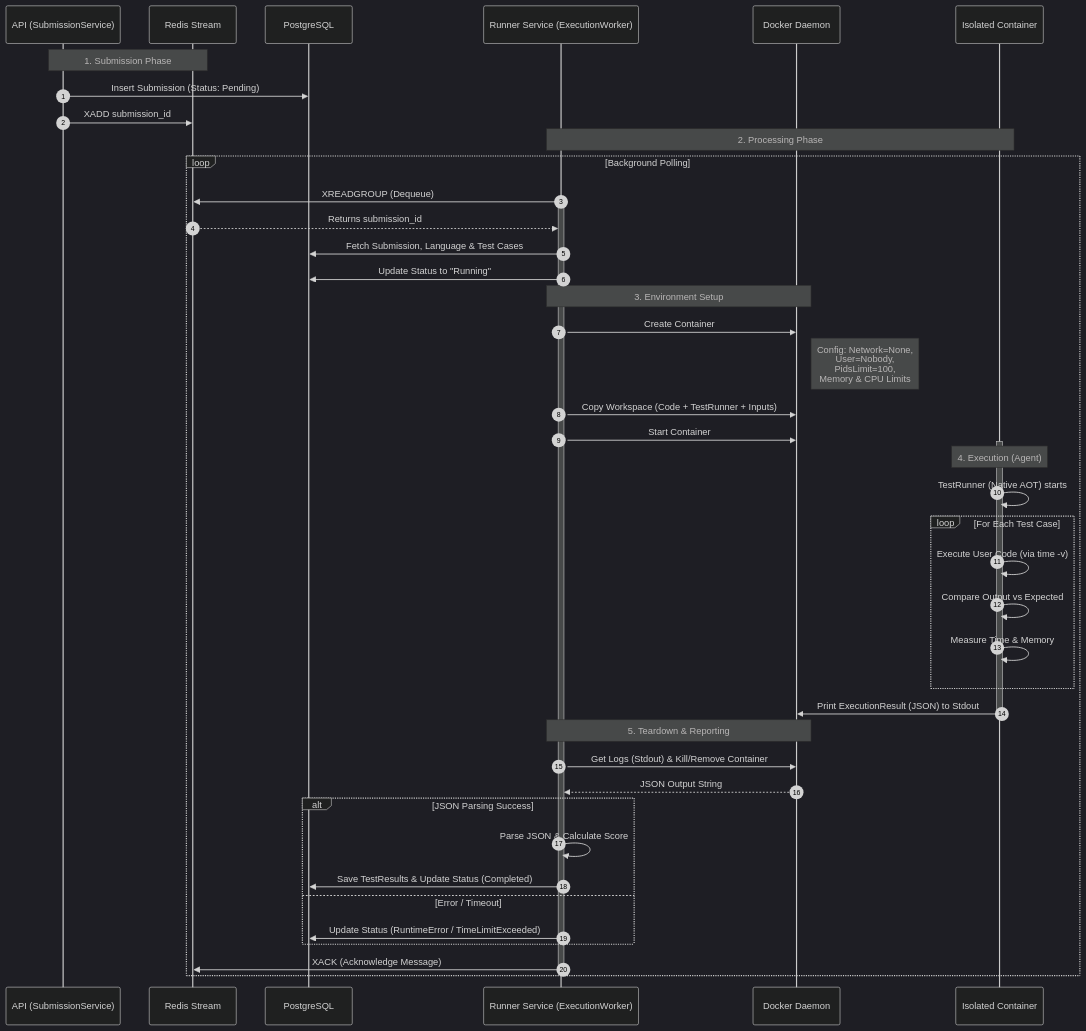
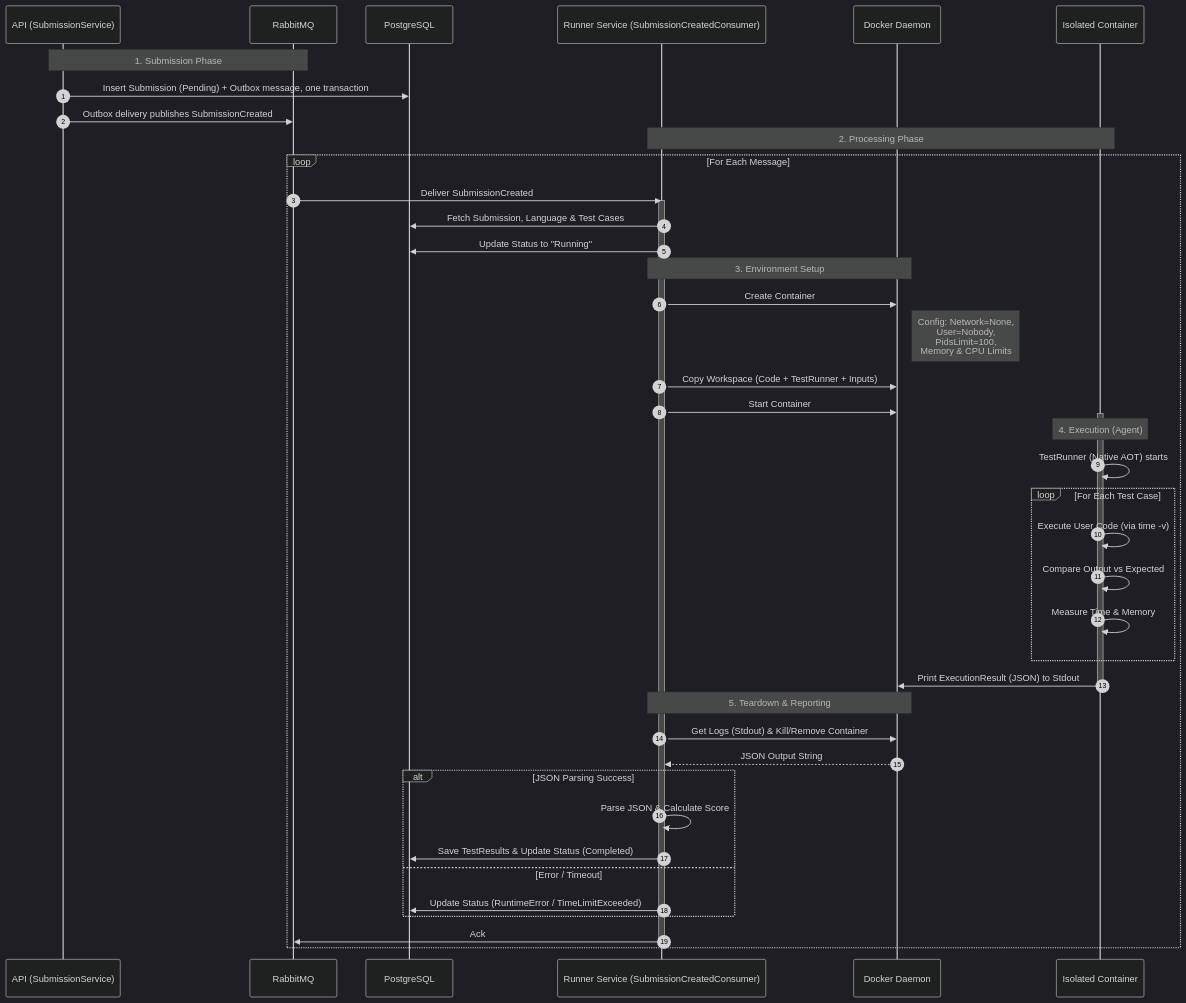
One commit to yarmatss/CodeLearning changed the third of 4 diagrams in README.md. Above: the diagram before and after it, drawn with Mermaid (dark theme). The commit also changed other lines of this file and 79 other files, not shown here.

````diff
--- a/README.md
+++ b/README.md
@@ -114,58 +115,57 @@
 ```mermaid
 sequenceDiagram
     autonumber
     participant API as API (SubmissionService)
-    participant Redis as Redis Stream
+    participant MQ as RabbitMQ
     participant DB as PostgreSQL
-    participant Worker as Runner Service (ExecutionWorker)
+    participant Worker as Runner Service (SubmissionCreatedConsumer)
     participant Docker as Docker Daemon
     participant Container as Isolated Container
 
-    Note over API, Redis: 1. Submission Phase
-    API->>DB: Insert Submission (Status: Pending)
-    API->>Redis: XADD submission_id
+    Note over API, MQ: 1. Submission Phase
+    API->>DB: Insert Submission (Pending) + Outbox message, one transaction
+    API->>MQ: Outbox delivery publishes SubmissionCreated
     
     Note over Worker, Container: 2. Processing Phase
-    loop Background Polling
-        Worker->>Redis: XREADGROUP (Dequeue)
+    loop For Each Message
+        MQ->>Worker: Deliver SubmissionCreated
         activate Worker
-        Redis-->>Worker: Returns submission_id
         
         Worker->>DB: Fetch Submission, Language & Test Cases
         Worker->>DB: Update Status to "Running"
 
         Note over Worker, Docker: 3. Environment Setup
         Worker->>Docker: Create Container
         note right of Docker: Config: Network=None,<br/>User=Nobody,<br/>PidsLimit=100,<br/>Memory & CPU Limits
 
         Worker->>Docker: Copy Workspace (Code + TestRunner + Inputs)
         Worker->>Docker: Start Container
 
         activate Container
         Note over Container: 4. Execution (Agent)
         Container->>Container: TestRunner (Native AOT) starts
         
         loop For Each Test Case
             Container->>Container: Execute User Code (via time -v)
             Container->>Container: Compare Output vs Expected
             Container->>Container: Measure Time & Memory
         end
         
         Container->>Docker: Print ExecutionResult (JSON) to Stdout
         deactivate Container
 
         Note over Worker, Docker: 5. Teardown & Reporting
         Worker->>Docker: Get Logs (Stdout) & Kill/Remove Container
         Docker-->>Worker: JSON Output String
 
         alt JSON Parsing Success
             Worker->>Worker: Parse JSON & Calculate Score
             Worker->>DB: Save TestResults & Update Status (Completed)
         else Error / Timeout
             Worker->>DB: Update Status (RuntimeError / TimeLimitExceeded)
         end
         
-        Worker->>Redis: XACK (Acknowledge Message)
+        Worker->>MQ: Ack
         deactivate Worker
     end
 ```
````
